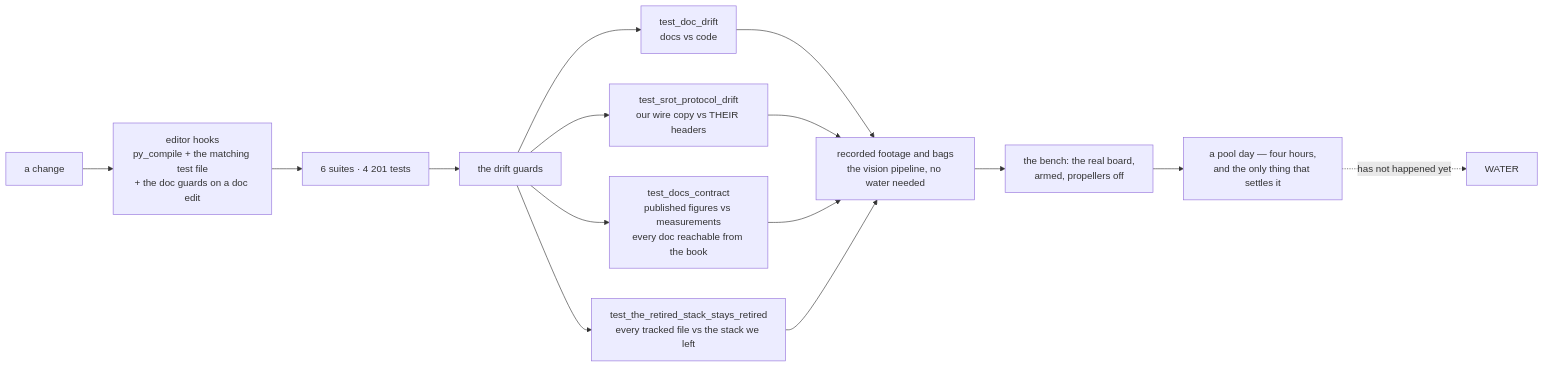
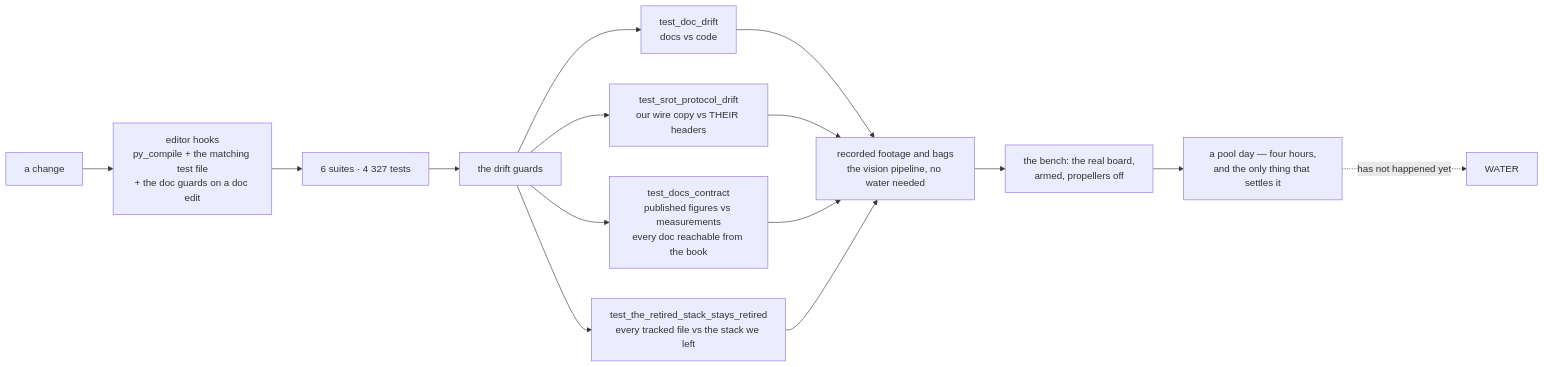
Before and after one commit to fh1m/mongla_ws: the ninth of 10 diagrams in README.md, drawn with Mermaid. The commit also changed other lines of this file and 2 other files, not shown here.

````diff
--- a/README.md
+++ b/README.md
@@ -806,17 +806,17 @@
 ```mermaid
 flowchart LR
     DEV["a change"] --> HOOK["editor hooks<br/>py_compile + the matching test file<br/>+ the doc guards on a doc edit"]
-    HOOK --> UNIT["6 suites · 4 201 tests"]
+    HOOK --> UNIT["6 suites · 4 327 tests"]
     UNIT --> GUARD["the drift guards"]
     GUARD --> G1["test_doc_drift<br/>docs vs code"]
     GUARD --> G2["test_srot_protocol_drift<br/>our wire copy vs THEIR headers"]
     GUARD --> G3["test_docs_contract<br/>published figures vs measurements<br/>every doc reachable from the book"]
     GUARD --> G4["test_the_retired_stack_stays_retired<br/>every tracked file vs the stack we left"]
     G1 --> REPLAY["recorded footage and bags<br/>the vision pipeline, no water needed"]
     G2 --> REPLAY
     G3 --> REPLAY
     G4 --> REPLAY
     REPLAY --> BENCH["the bench: the real board,<br/>armed, propellers off"]
     BENCH --> POOL["a pool day — four hours,<br/>and the only thing that settles it"]
     POOL -.->|"has not happened yet"| WATER["WATER"]
 ```
````
